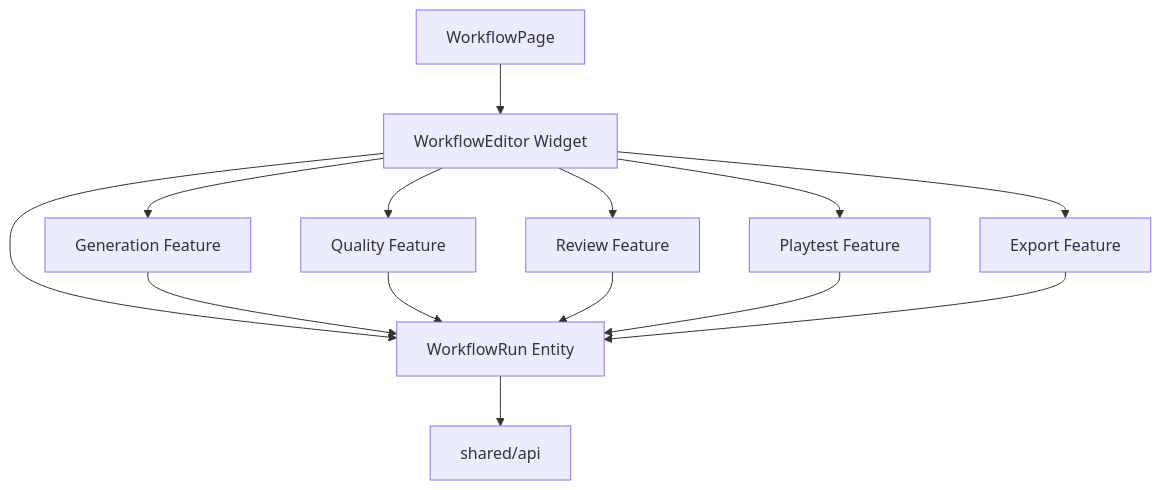
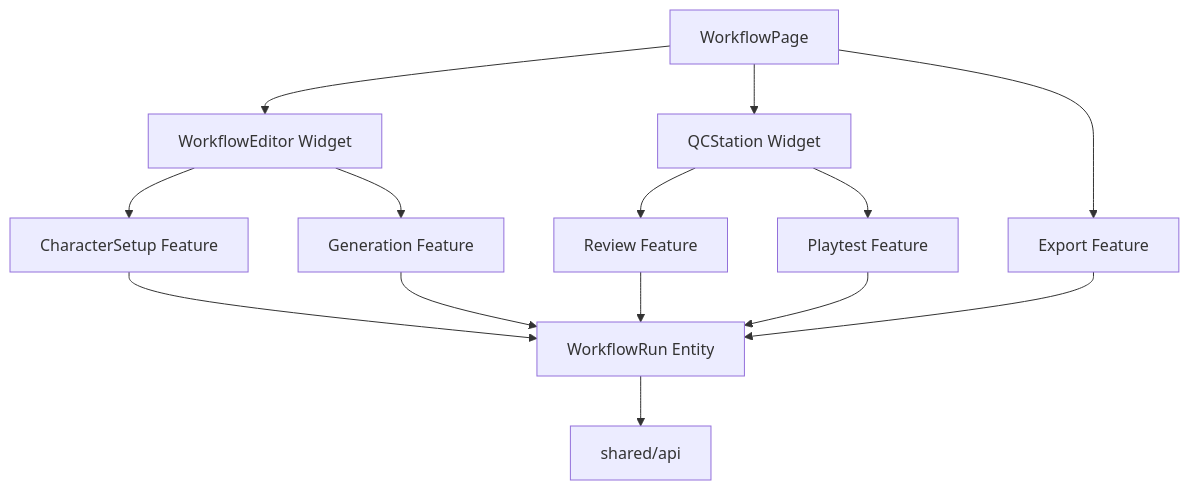
The fourth of 4 diagrams in docs/frontend-architecture.md (1024XEngineer/Windup), drawn with Mermaid before and after one commit. The commit also changed other lines of this file, not shown here.

First line of the commit message:
docs(frontend-architecture): split QC station and add character setup

````diff
--- a/docs/frontend-architecture.md
+++ b/docs/frontend-architecture.md
@@ -166,16 +182,16 @@
 ```mermaid
 flowchart TB
     page["WorkflowPage"] --> editor["WorkflowEditor Widget"]
+    page --> qc["QCStation Widget"]
+    page --> export["Export Feature"]
+    editor --> characterSetup["CharacterSetup Feature"]
     editor --> generation["Generation Feature"]
-    editor --> quality["Quality Feature"]
-    editor --> review["Review Feature"]
-    editor --> playtest["Playtest Feature"]
-    editor --> export["Export Feature"]
-    editor --> run["WorkflowRun Entity"]
+    qc --> review["Review Feature"]
+    qc --> playtest["Playtest Feature"]
+    characterSetup --> run["WorkflowRun Entity"]
     generation --> run
-    quality --> run
     review --> run
     playtest --> run
     export --> run
     run --> api["shared/api"]
 ```
````
